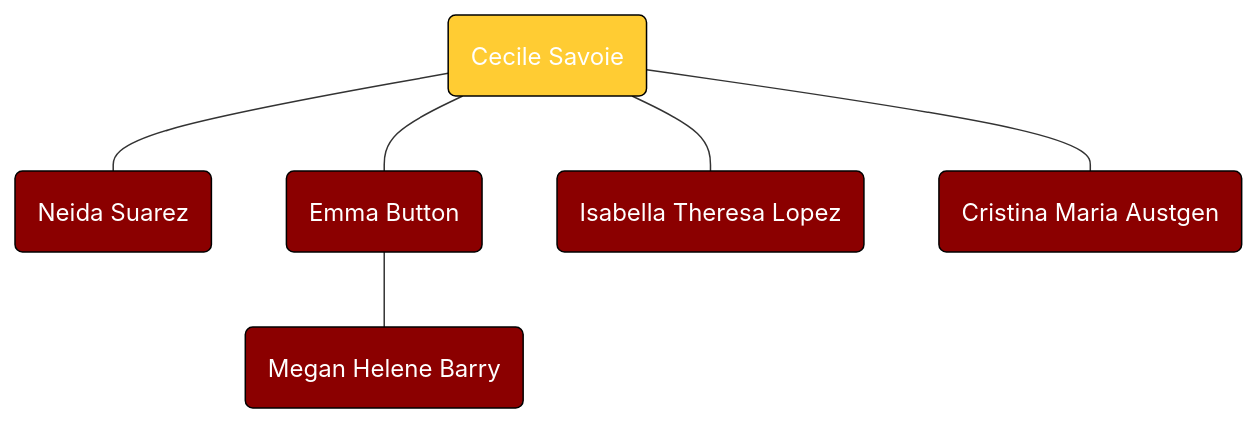
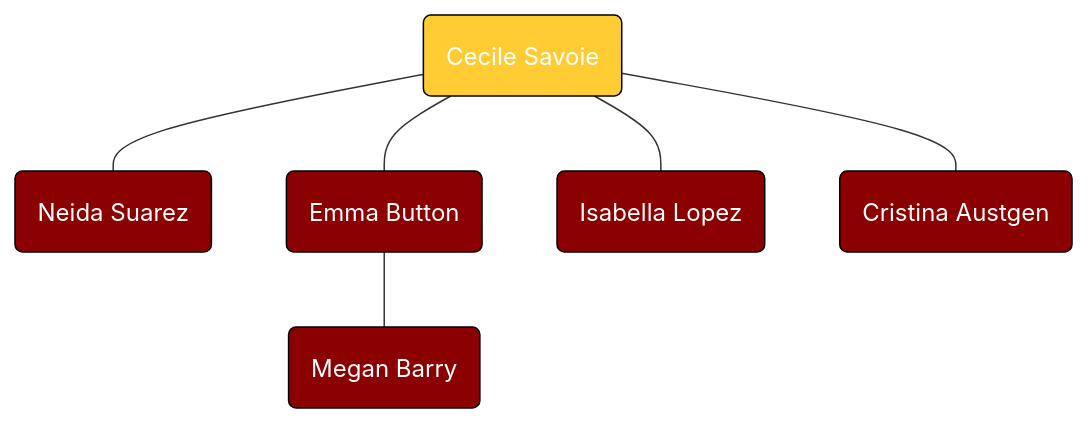
The diagram in Cecile Savoie's Line.md (gianlezotte/familytree), drawn with Mermaid before and after one commit. The commit also changed 19 other files, not shown here.

````diff
--- a/Cecile Savoie's Line.md
+++ b/Cecile Savoie's Line.md
@@ -1,16 +1,16 @@
 ```mermaid
 flowchart TD
 
 %% Colors %%
 
-classDef blue fill:#8B0000,stroke:#000,color:#FFF
-classDef green fill:#FFCC33,stroke:#000,color:#FFF
+classDef red fill:#8B0000,stroke:#000,color:#FFF
+classDef gold fill:#FFCC33,stroke:#000,color:#FFF
 
 %% Cecile Savoie's Line %%
-M220(Cecile Savoie):::green---M236 & M249 & M268 & M300
-M236(Neida Suarez):::blue
-M249(Emma Button):::blue---M283
-M268(Isabella Theresa Lopez):::blue
-M283(Megan Helene Barry):::blue
-M300(Cristina Maria Austgen):::blue
+M220(Cecile Savoie):::gold---M236 & M249 & M268 & M300
+M236(Neida Suarez):::red
+M249(Emma Button):::red---M283
+M268(Isabella Lopez):::red
+M283(Megan Barry):::red
+M300(Cristina Austgen):::red
 ```
````
